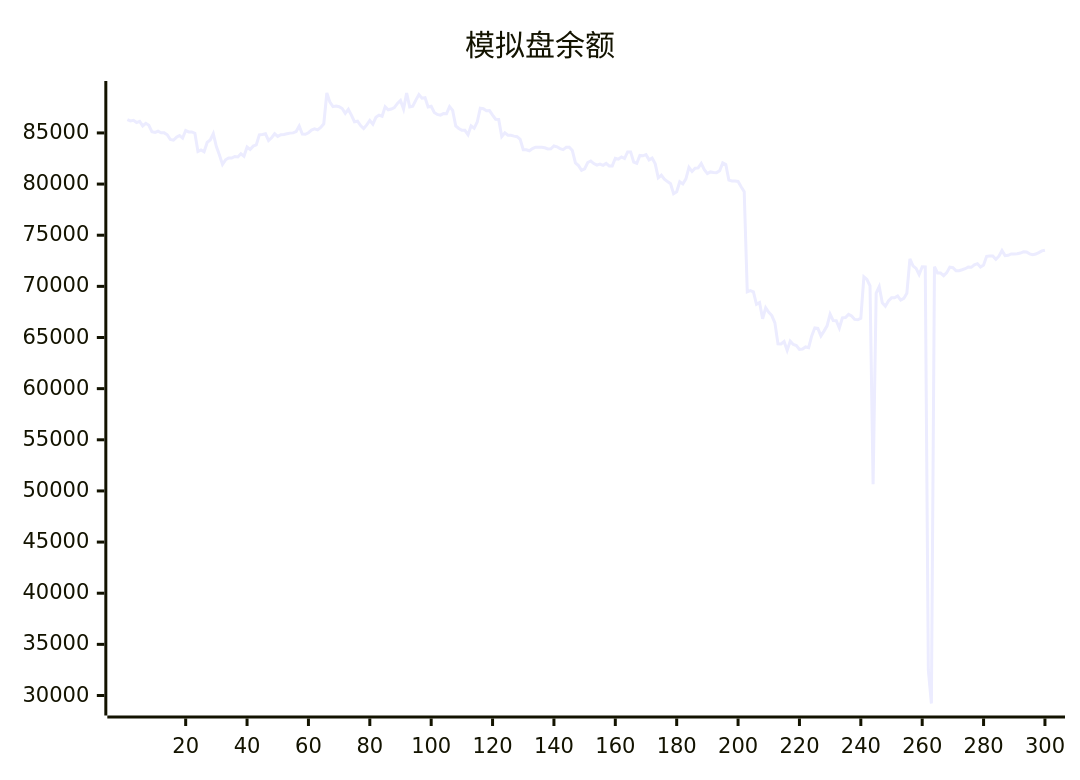
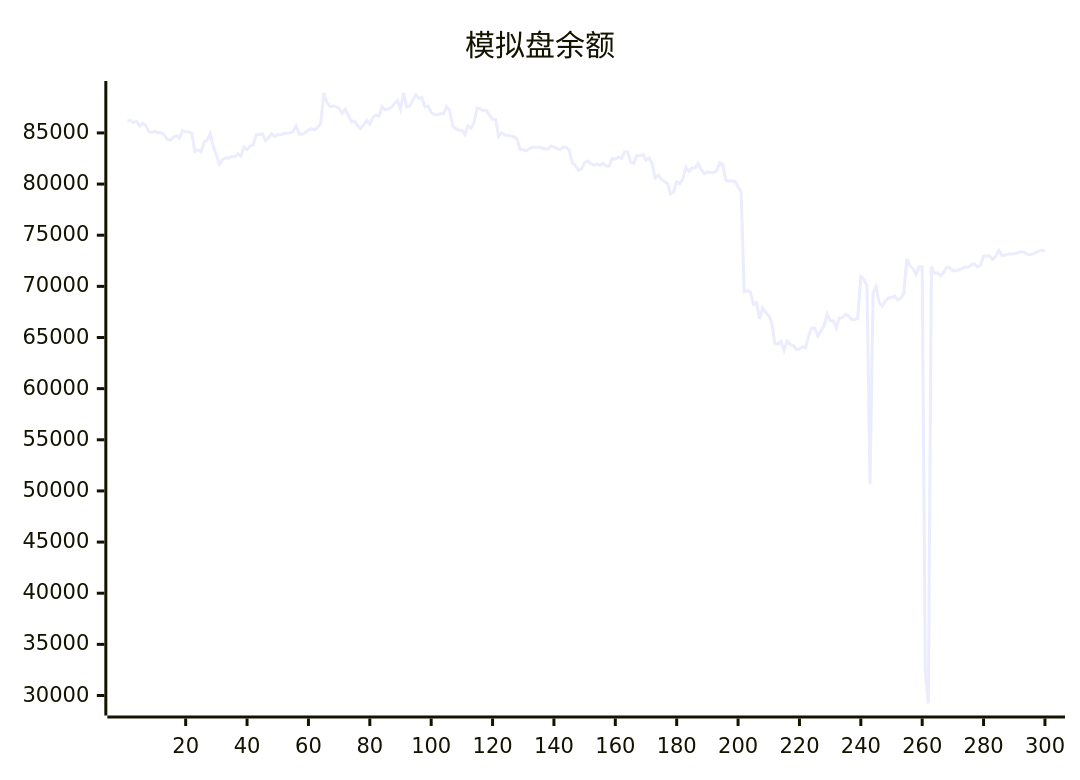
One commit to aahl/ai-trading changed the diagram in README.md. Above: the diagram before and after it, drawn with Mermaid. The commit also changed other lines of this file and 1 other file, not shown here.

````diff
--- a/README.md
+++ b/README.md
@@ -5,5 +5,5 @@
 ```mermaid
 xychart
     title "模拟盘余额"
-    line [86310,86176,86240,86017,86136,85685,85938,85749,85111,85044,85164,85016,85008,84824,84354,84287,84572,84745,84500,85234,85096,85095,84970,83180,83338,83157,84070,84309,84922,83667,82850,81924,82369,82552,82539,82695,82648,82962,82728,83619,83378,83710,83825,84819,84854,84917,84265,84527,84919,84668,84834,84850,84916,84981,85004,85131,85674,84891,84864,85019,85284,85393,85294,85538,85894,88904,88012,87567,87625,87568,87386,86920,87313,86737,86094,86143,85725,85437,85787,86219,85859,86526,86740,86630,87563,87264,87335,87483,87886,88180,87335,88894,87544,87608,88207,88755,88401,88444,87543,87608,87000,86810,86740,86894,86884,87576,87209,85686,85435,85251,85255,84820,85689,85453,86066,87420,87373,87161,87178,86740,86341,86315,84643,85012,84772,84768,84690,84635,84376,83360,83357,83259,83474,83608,83606,83602,83548,83440,83454,83724,83644,83464,83365,83590,83592,83275,82072,81806,81344,81492,82109,82254,82006,81848,81955,81829,82022,81769,81776,82522,82441,82656,82498,83144,83144,82150,82038,82797,82763,82872,82367,82536,81981,80612,80862,80484,80242,80034,79063,79245,80226,80016,80507,81625,81233,81544,81578,82016,81401,81019,81186,81130,81118,81306,82066,81909,80392,80304,80291,80258,79729,79261,69466,69579,69456,68251,68415,66832,67911,67462,67144,66432,64380,64375,64606,63740,64647,64324,64216,63842,63877,64078,64008,65156,65945,65888,65157,65625,66144,67284,66653,66639,65924,66925,66956,67263,67108,66766,66729,66886,70927,70673,70049,50652,69334,69973,68400,68061,68578,68876,68879,69055,68662,68822,69329,72687,71999,71760,71162,71911,71896,32500,29218,71927,71297,71305,71044,71337,71883,71822,71536,71536,71622,71723,71880,71860,72100,72216,71887,72077,72940,72976,72966,72638,72948,73497,73004,73041,73173,73160,73186,73258,73375,73351,73173,73098,73161,73305,73474,73536]
+    line [86176,86240,86017,86136,85685,85938,85749,85111,85044,85164,85016,85008,84824,84354,84287,84572,84745,84500,85234,85096,85095,84970,83180,83338,83157,84070,84309,84922,83667,82850,81924,82369,82552,82539,82695,82648,82962,82728,83619,83378,83710,83825,84819,84854,84917,84265,84527,84919,84668,84834,84850,84916,84981,85004,85131,85674,84891,84864,85019,85284,85393,85294,85538,85894,88904,88012,87567,87625,87568,87386,86920,87313,86737,86094,86143,85725,85437,85787,86219,85859,86526,86740,86630,87563,87264,87335,87483,87886,88180,87335,88894,87544,87608,88207,88755,88401,88444,87543,87608,87000,86810,86740,86894,86884,87576,87209,85686,85435,85251,85255,84820,85689,85453,86066,87420,87373,87161,87178,86740,86341,86315,84643,85012,84772,84768,84690,84635,84376,83360,83357,83259,83474,83608,83606,83602,83548,83440,83454,83724,83644,83464,83365,83590,83592,83275,82072,81806,81344,81492,82109,82254,82006,81848,81955,81829,82022,81769,81776,82522,82441,82656,82498,83144,83144,82150,82038,82797,82763,82872,82367,82536,81981,80612,80862,80484,80242,80034,79063,79245,80226,80016,80507,81625,81233,81544,81578,82016,81401,81019,81186,81130,81118,81306,82066,81909,80392,80304,80291,80258,79729,79261,69466,69579,69456,68251,68415,66832,67911,67462,67144,66432,64380,64375,64606,63740,64647,64324,64216,63842,63877,64078,64008,65156,65945,65888,65157,65625,66144,67284,66653,66639,65924,66925,66956,67263,67108,66766,66729,66886,70927,70673,70049,50652,69334,69973,68400,68061,68578,68876,68879,69055,68662,68822,69329,72687,71999,71760,71162,71911,71896,32500,29218,71927,71297,71305,71044,71337,71883,71822,71536,71536,71622,71723,71880,71860,72100,72216,71887,72077,72940,72976,72966,72638,72948,73497,73004,73041,73173,73160,73186,73258,73375,73351,73173,73098,73161,73305,73474,73536,73457]
 ```
````
